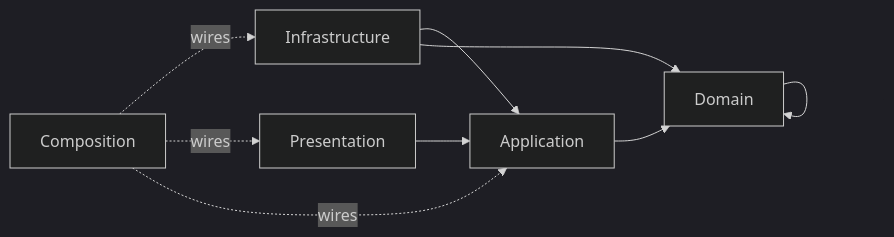
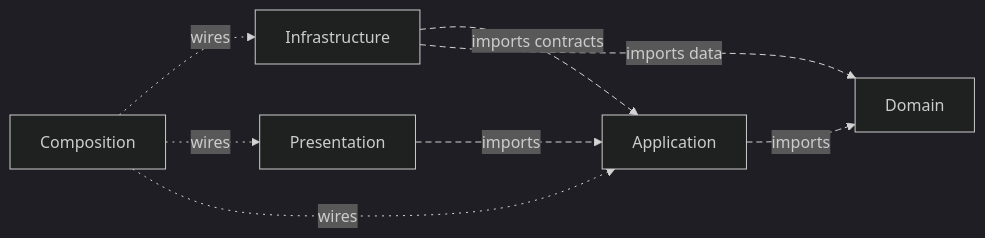
Before and after one commit to AndresTaoFlorez/software-architecture: the second of 7 diagrams in clean-architecture/3-project-structure.md, drawn with Mermaid (dark theme). The commit also changed other lines of this file and 21 other files, not shown here.

````diff
--- a/clean-architecture/3-project-structure.md
+++ b/clean-architecture/3-project-structure.md
@@ -39,11 +39,12 @@
 ```mermaid
 flowchart LR
-    D["Domain"] --> D
-    A["Application"] --> D
-    I["Infrastructure"] --> A
-    I --> D
-    P["Presentation"] --> A
+    A["Application"] -. "imports" .-> D["Domain"]
+    I["Infrastructure"] -. "imports contracts" .-> A
+    I -. "imports data" .-> D
+    P["Presentation"] -. "imports" .-> A
     C["Composition"] -. wires .-> I
     C -. wires .-> P
     C -. wires .-> A
+    linkStyle 0,1,2,3 stroke-width:1px,stroke-dasharray:6 4
+    linkStyle 4,5,6 stroke-width:1px,stroke-dasharray:2 5
 ```
````
